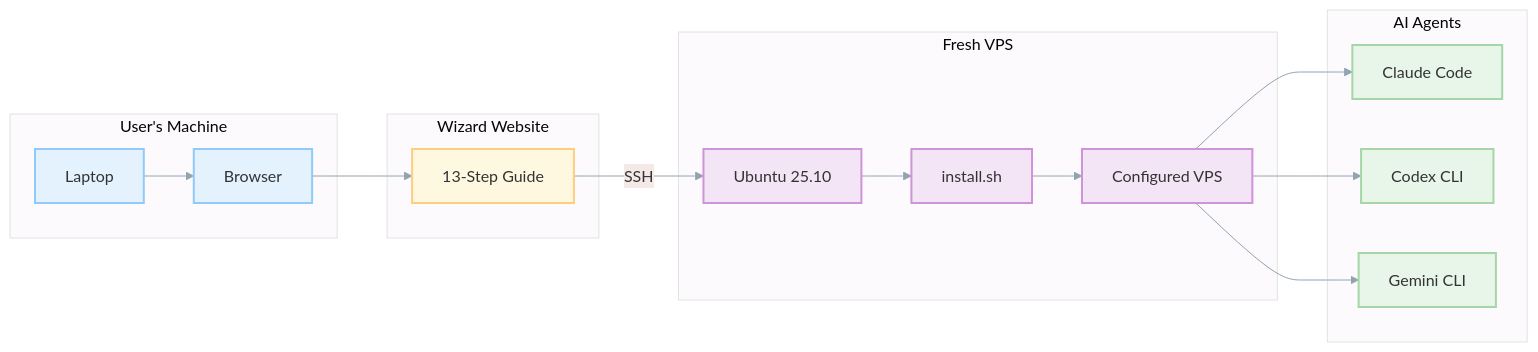
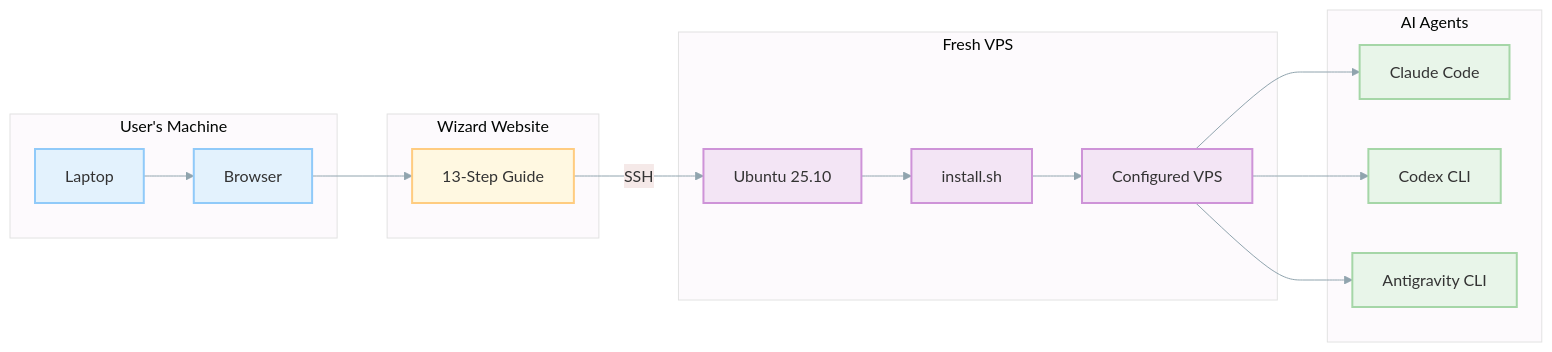
One commit to quangdang46/agents_environment_setup changed the first of 3 diagrams in README.md. Above: the diagram before and after it, drawn with Mermaid. The commit also changed other lines of this file and 141 other files, not shown here.

````diff
--- a/README.md
+++ b/README.md
@@ -72,44 +71,44 @@
 ```mermaid
 graph LR
     %%{init: {'theme': 'base', 'themeVariables': { 'primaryColor': '#e8f5e9', 'lineColor': '#90a4ae'}}}%%
 
     subgraph user ["User's Machine"]
         LAPTOP["Laptop"]
         BROWSER["Browser"]
     end
 
     subgraph wizard ["Wizard Website"]
         STEPS["13-Step Guide"]
     end
 
     subgraph vps ["Fresh VPS"]
         UBUNTU["Ubuntu 25.10"]
         INSTALLER["install.sh"]
         CONFIGURED["Configured VPS"]
     end
 
     subgraph agents ["AI Agents"]
         CLAUDE["Claude Code"]
         CODEX["Codex CLI"]
-        GEMINI["Gemini CLI"]
+        AGY["Antigravity CLI"]
     end
 
     LAPTOP --> BROWSER
     BROWSER --> STEPS
     STEPS -->|SSH| UBUNTU
     UBUNTU --> INSTALLER
     INSTALLER --> CONFIGURED
     CONFIGURED --> CLAUDE
     CONFIGURED --> CODEX
-    CONFIGURED --> GEMINI
+    CONFIGURED --> AGY
 
     classDef user fill:#e3f2fd,stroke:#90caf9,stroke-width:2px
     classDef wizard fill:#fff8e1,stroke:#ffcc80,stroke-width:2px
     classDef vps fill:#f3e5f5,stroke:#ce93d8,stroke-width:2px
     classDef agent fill:#e8f5e9,stroke:#a5d6a7,stroke-width:2px
 
     class LAPTOP,BROWSER user
     class STEPS wizard
     class UBUNTU,INSTALLER,CONFIGURED vps
-    class CLAUDE,CODEX,GEMINI agent
+    class CLAUDE,CODEX,AGY agent
 ```
````
